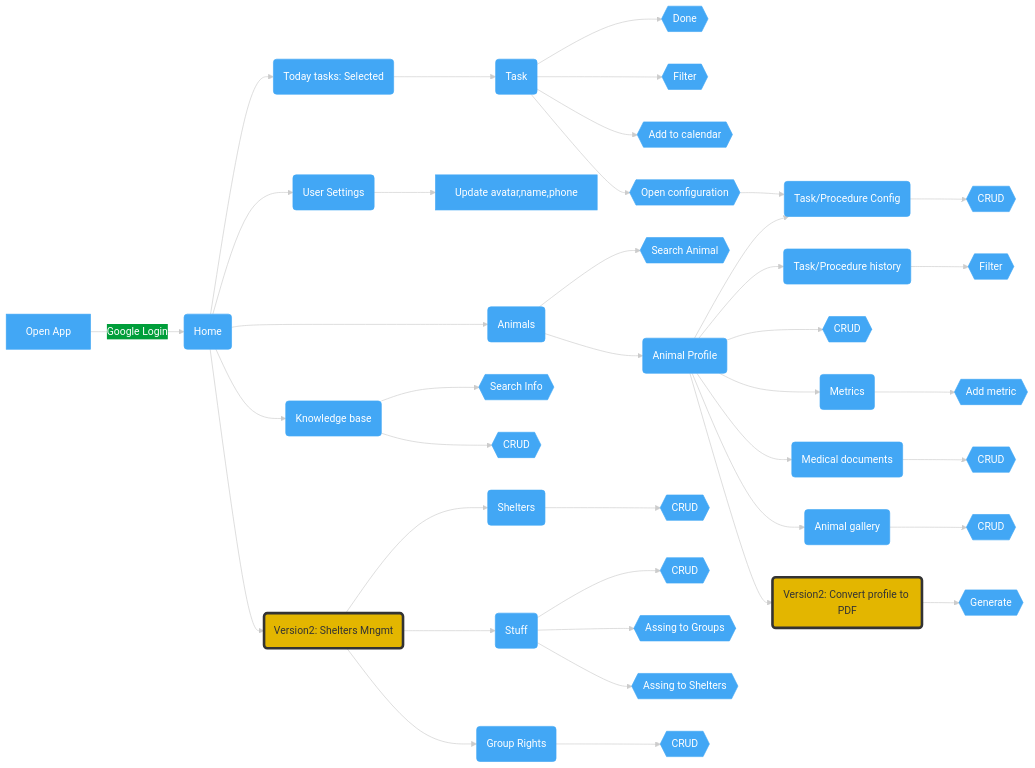
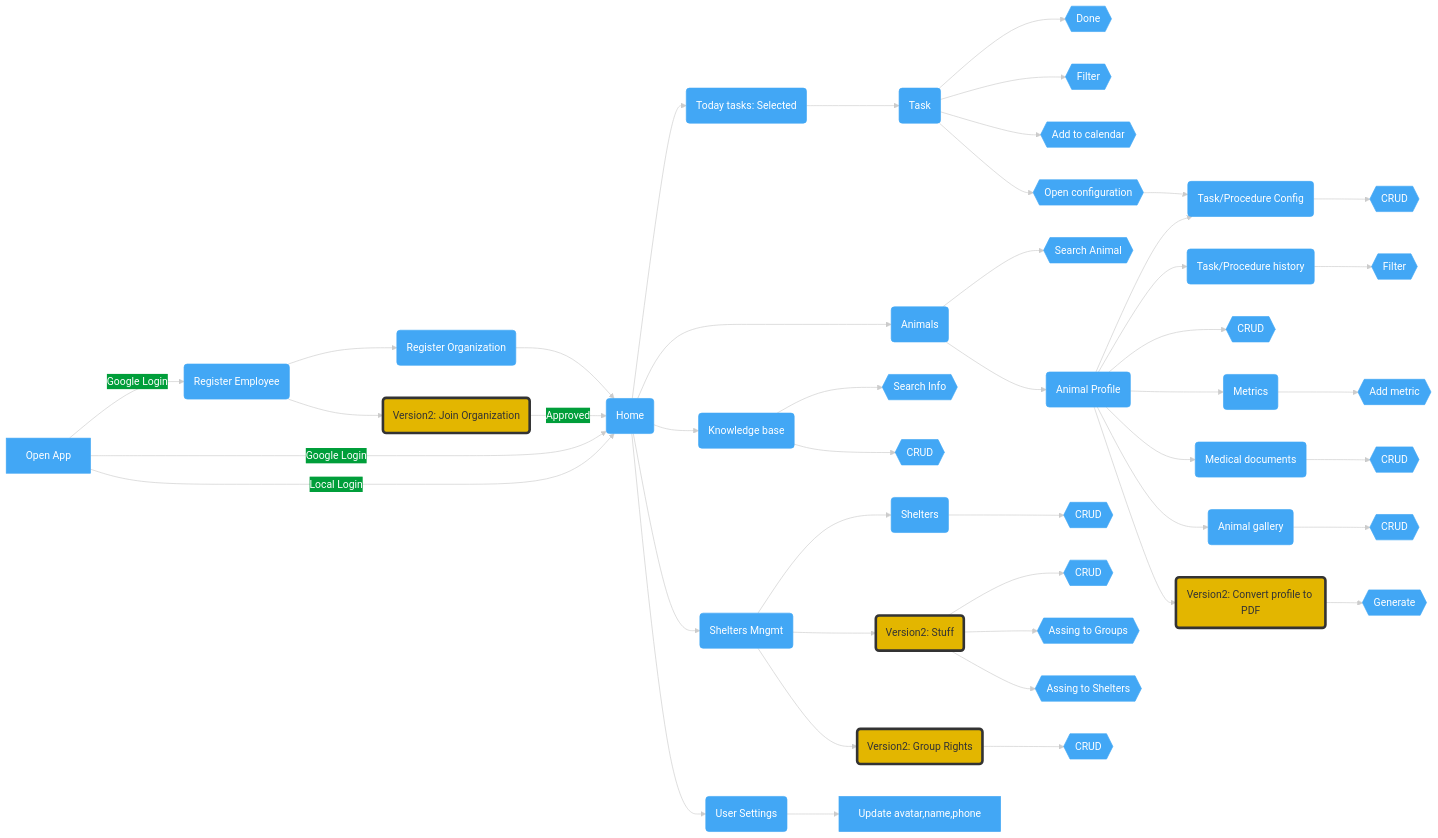
The diagram in docs/UIFlow.md (UkraineAnimalHelp/Shelters-Management-App), drawn with Mermaid before and after one commit.

Commit message:
Update user-flow

````diff
--- a/docs/UIFlow.md
+++ b/docs/UIFlow.md
@@ -9,50 +9,53 @@
 ```mermaid
 %%{init: {
     "theme": "base",
     "themeVariables": {
         "primaryColor": "#42a7f5",
         "primaryTextColor": "#fff",
         "primaryBorderColor": "#42a7f5",
         "lineColor": "#cccccc",
         "secondaryColor": "#009e3a"
     }
 } }%%
 flowchart LR;
+    style Stuff fill:#e3b600,stroke:#333,color:#333,stroke-width:4px
+    style GroupRights fill:#e3b600,stroke:#333,color:#333,stroke-width:4px
+    style AssignToOrg fill:#e3b600,stroke:#333,color:#333,stroke-width:4px
+    style MakePDF fill:#e3b600,stroke:#333,color:#333,stroke-width:4px
+
+    A[Open App] -->|Google Login| Register(Register Employee)-->RegisterOrg(Register Organization)--> Home(Home)
+    Register(Register Employee)-->AssignToOrg(Version2: Join Organization)-->|Approved| Home(Home)
     A[Open App] -->|Google Login| Home(Home)
+    A[Open App] -->|Local Login| Home(Home)
     Home --> Tasks(Today tasks: Selected)
     Home --> Animals(Animals)
     Home --> Knowledge(Knowledge base)
-    Home --> SheltersMngmt(Version2: Shelters Mngmt)
+    Home --> SheltersMngmt(Shelters Mngmt)
     Home --> UserSettings(User Settings)-->UpdateUserSettings[Update avatar,name,phone]
-
-    style SheltersMngmt fill:#e3b600,stroke:#333,color:#333,stroke-width:4px
 
     Tasks-->Task(Task)
     Task-->Done{{Done}}
     Task-->Filter{{Filter}}
     Task-->Notify{{Add to calendar}}
     Task-->OpenTaskConfig{{Open configuration}}
     OpenTaskConfig-->TaskConfig(Task/Procedure Config)-->CRUDTaskConfig{{CRUD}}
 
     Animals-->SerchAnimal{{Search Animal}}
     Animals-->AnimalProfile(Animal Profile)
     AnimalProfile-->TaskConfig
     AnimalProfile-->TaskHistory(Task/Procedure history)-->FilterHistory{{Filter}}
     AnimalProfile-->CRUDAnimalProfile{{CRUD}}
     AnimalProfile-->Metrics(Metrics)-->AddMetric{{Add metric}}
     AnimalProfile-->MedicalDocs(Medical documents)-->CRUDAddMedicalDoc{{CRUD}}
     AnimalProfile-->AnimalGallery(Animal gallery)-->CRUDAnimalGallery{{CRUD}}
     AnimalProfile-->MakePDF(Version2: Convert profile to PDF)-->Generate{{Generate}}
 
-    style MakePDF fill:#e3b600,stroke:#333,color:#333,stroke-width:4px
-
-
     Knowledge-->SearchInfo{{Search Info}}
     Knowledge-->CRUDKnowledge{{CRUD}}
 
     SheltersMngmt-->Shelters(Shelters)-->CRUDShelters{{CRUD}}
-    SheltersMngmt-->Stuff(Stuff)-->CRUDStuff{{CRUD}}
-    Stuff(Stuff)-->AssingGroups{{Assing to Groups}}
-    Stuff(Stuff)-->AssingShelters{{Assing to Shelters}}
-    SheltersMngmt-->GroupRights(Group Rights)-->CRUDGroupRights{{CRUD}}
+    SheltersMngmt-->Stuff(Version2: Stuff)-->CRUDStuff{{CRUD}}
+    Stuff(Version2: Stuff)-->AssingGroups{{Assing to Groups}}
+    Stuff(Version2: Stuff)-->AssingShelters{{Assing to Shelters}}
+    SheltersMngmt-->GroupRights(Version2: Group Rights)-->CRUDGroupRights{{CRUD}}
 ```
````
